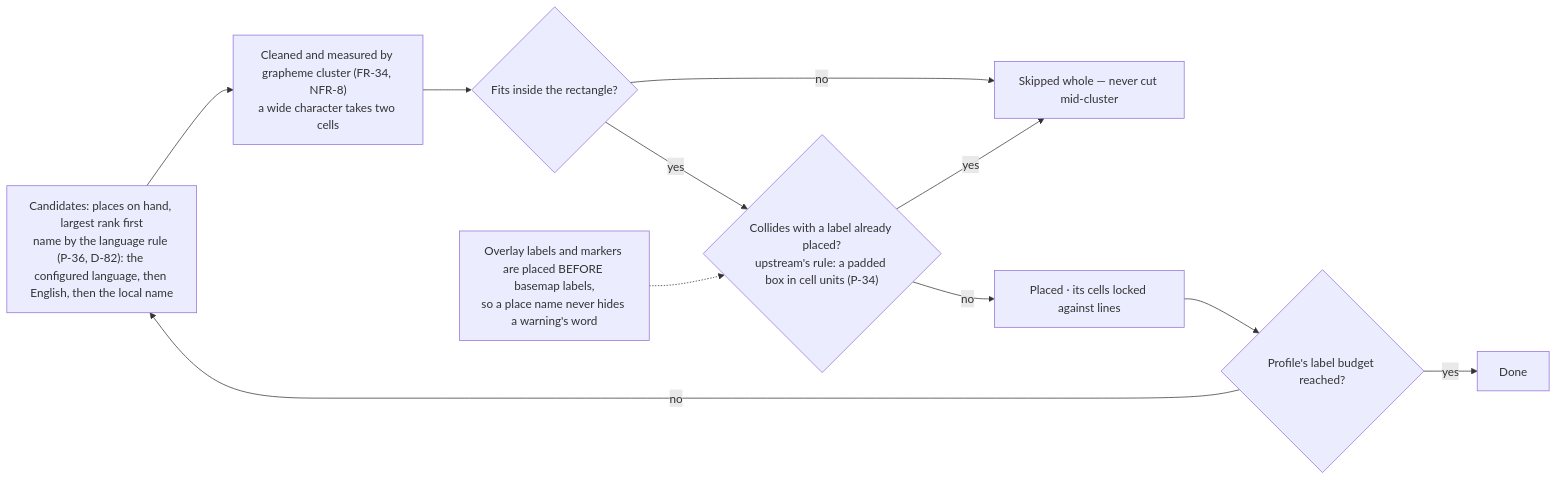
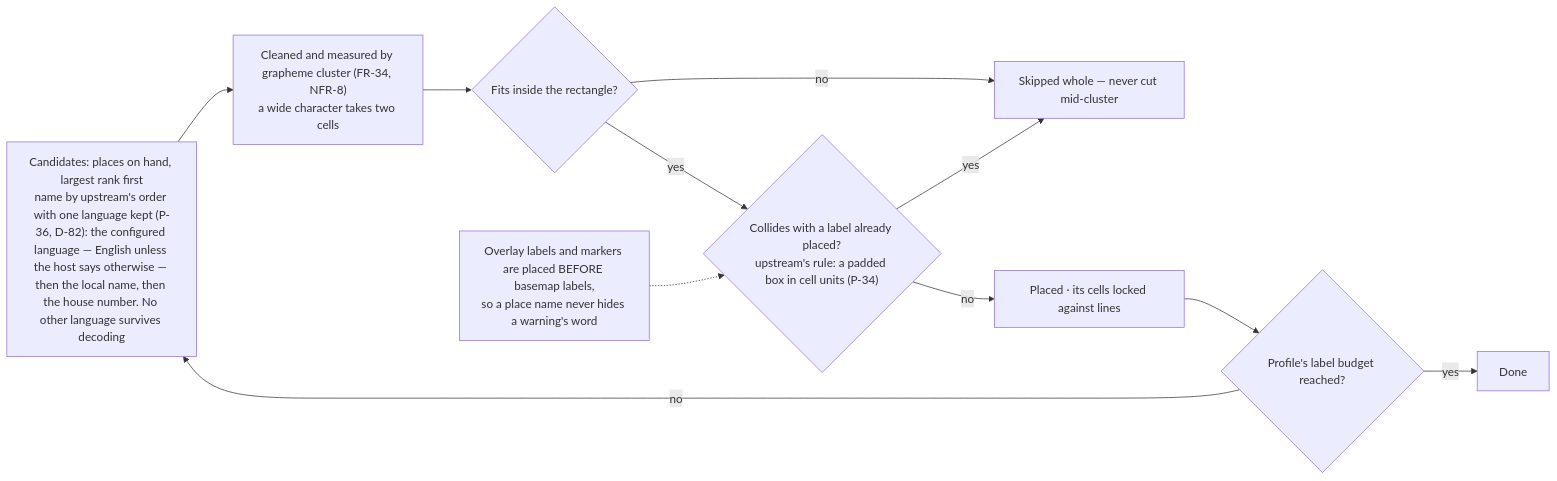
Before and after one commit to branden-thompson/go-tuimaps: the third of 3 diagrams in 06_docs/02_features/go-tuimaps/03-architecture-design/L2-style.md, drawn with Mermaid. The commit also changed 17 other files, not shown here.

````diff
--- a/06_docs/02_features/go-tuimaps/03-architecture-design/L2-style.md
+++ b/06_docs/02_features/go-tuimaps/03-architecture-design/L2-style.md
@@ -45,13 +45,13 @@
 ```mermaid
 flowchart LR
-    C["Candidates: places on hand, largest rank first<br/>name by the language rule (P-36, D-82): the configured language, then English, then the local name"] --> CL["Cleaned and measured by grapheme cluster (FR-34, NFR-8)<br/>a wide character takes two cells"]
+    C["Candidates: places on hand, largest rank first<br/>name by upstream's order with one language kept (P-36, D-82): the configured language — English unless the host says otherwise — then the local name, then the house number. No other language survives decoding"] --> CL["Cleaned and measured by grapheme cluster (FR-34, NFR-8)<br/>a wide character takes two cells"]
     CL --> FIT{"Fits inside the rectangle?"}
     FIT -- no --> SKIP["Skipped whole — never cut mid-cluster"]
     FIT -- yes --> COL{"Collides with a label already placed?<br/>upstream's rule: a padded box in cell units (P-34)"}
     COL -- yes --> SKIP
     COL -- no --> PUT["Placed · its cells locked against lines"]
     PUT --> CAP{"Profile's label budget reached?"}
     CAP -- no --> C
     CAP -- yes --> DONE["Done"]
     OVL["Overlay labels and markers are placed BEFORE basemap labels,<br/>so a place name never hides a warning's word"] -.-> COL
 ```
````
